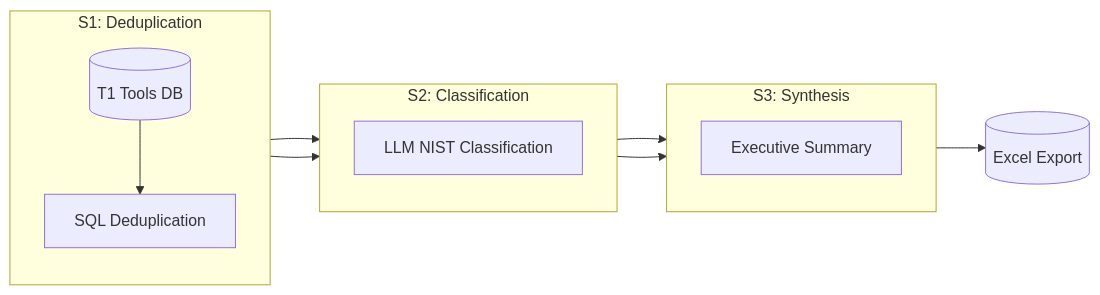
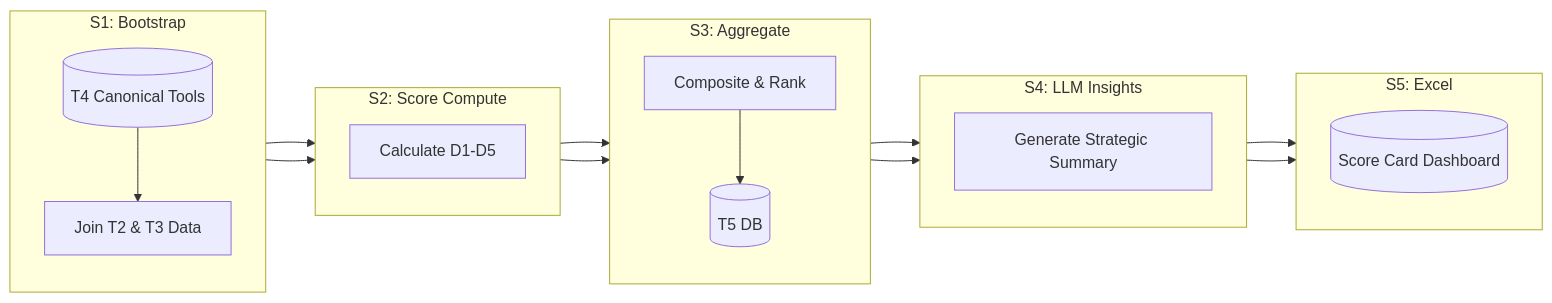
The fourth of 5 diagrams in README.md (thearpankumar/S.T.O.R.M), drawn with Mermaid before and after one commit. The commit also changed other lines of this file and 15 other files, not shown here.

````diff
--- a/README.md
+++ b/README.md
@@ -93,20 +151,30 @@
 ```mermaid
 flowchart LR
-    subgraph S1["S1: Deduplication"]
+    subgraph S1["S1: Bootstrap"]
         direction TB
-        DB[("T1 Tools DB")] --> DEDUP["SQL Deduplication"]
+        T4[("T4 Canonical Tools")] --> JOIN["Join T2 & T3 Data"]
     end
     
-    subgraph S2["S2: Classification"]
+    subgraph S2["S2: Score Compute"]
         direction TB
-        DEDUP --> LLM["LLM NIST Classification"]
+        JOIN --> DIM["Calculate D1-D5"]
     end
     
-    subgraph S3["S3: Synthesis"]
+    subgraph S3["S3: Aggregate"]
         direction TB
-        LLM --> SUMM["Executive Summary"]
+        DIM --> COMP["Composite & Rank"]
+        COMP --> DB[("T5 DB")]
     end
     
-    S1 --> S2 --> S3
-    S3 --> EXCEL3[("Excel Export")]
+    subgraph S4["S4: LLM Insights"]
+        direction TB
+        DB --> LLM["Generate Strategic Summary"]
+    end
+    
+    subgraph S5["S5: Excel"]
+        direction TB
+        LLM --> EXCEL5[("Score Card Dashboard")]
+    end
+    
+    S1 --> S2 --> S3 --> S4 --> S5
 ```
````
